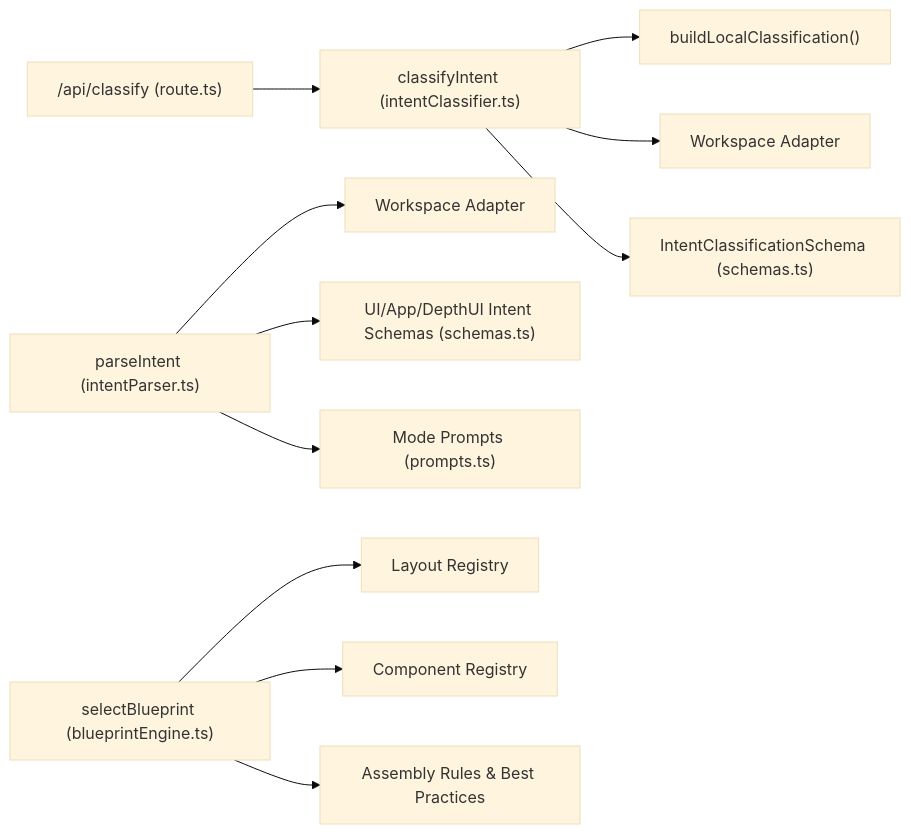
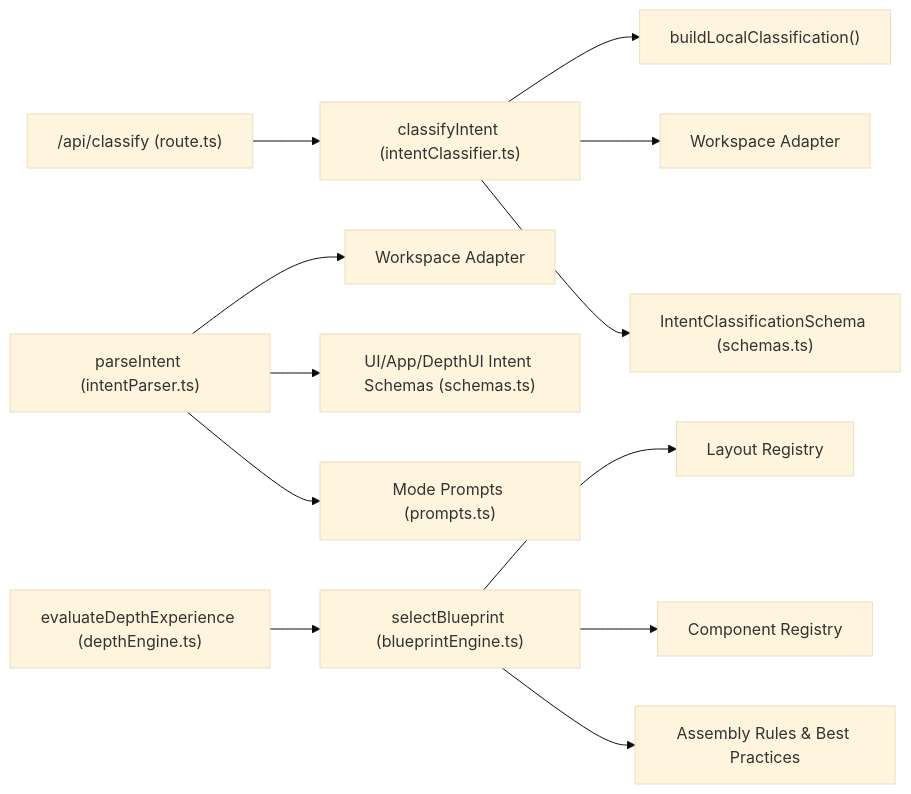
Before and after one commit to shekhargiri005-dotcom/AI-powered-accessibility-first-UI-engine: diagram 11 of 11 in .qoder/repowiki/en/content/AI Generation Engine/Core Generation Pipeline/Intent Processing & Blueprint Selection.md, drawn with Mermaid (base theme). The commit also changed other lines of this file and 6 other files, not shown here.

````diff
--- a/.qoder/repowiki/en/content/AI Generation Engine/Core Generation Pipeline/Intent Processing & Blueprint Selection.md
+++ b/.qoder/repowiki/en/content/AI Generation Engine/Core Generation Pipeline/Intent Processing & Blueprint Selection.md
@@ -466,13 +523,14 @@
 ```mermaid
 graph LR
 API["/api/classify (route.ts)"] --> CL["classifyIntent (intentClassifier.ts)"]
 CL --> LF["buildLocalClassification()"]
 CL --> AD["Workspace Adapter"]
 CL --> SCH1["IntentClassificationSchema (schemas.ts)"]
 PARSER["parseIntent (intentParser.ts)"] --> AD2["Workspace Adapter"]
 PARSER --> SCH2["UI/App/DepthUI Intent Schemas (schemas.ts)"]
 PARSER --> PROMPTS["Mode Prompts (prompts.ts)"]
 BP["selectBlueprint (blueprintEngine.ts)"] --> LREG["Layout Registry"]
 BP --> CREG["Component Registry"]
 BP --> SCH3["Assembly Rules & Best Practices"]
+DE["evaluateDepthExperience (depthEngine.ts)"] --> BP
 ```
````
